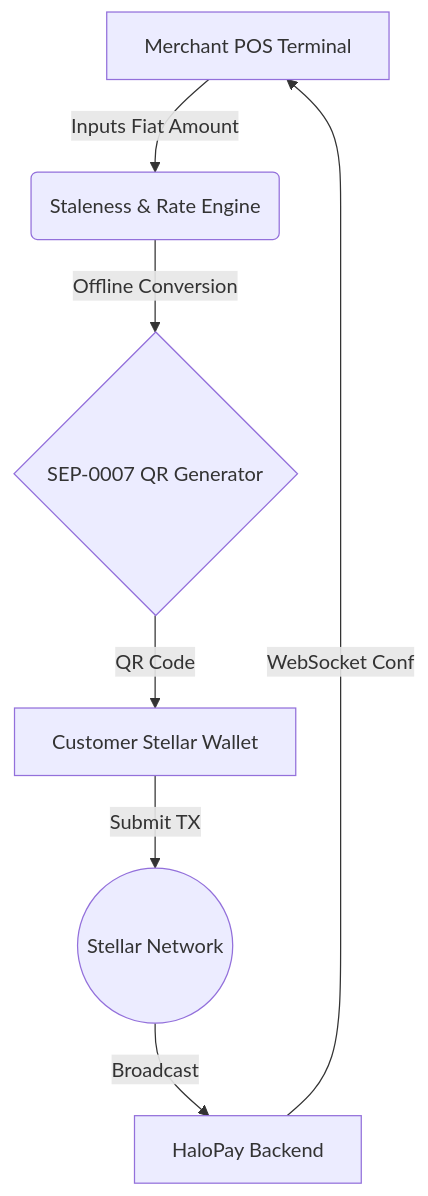
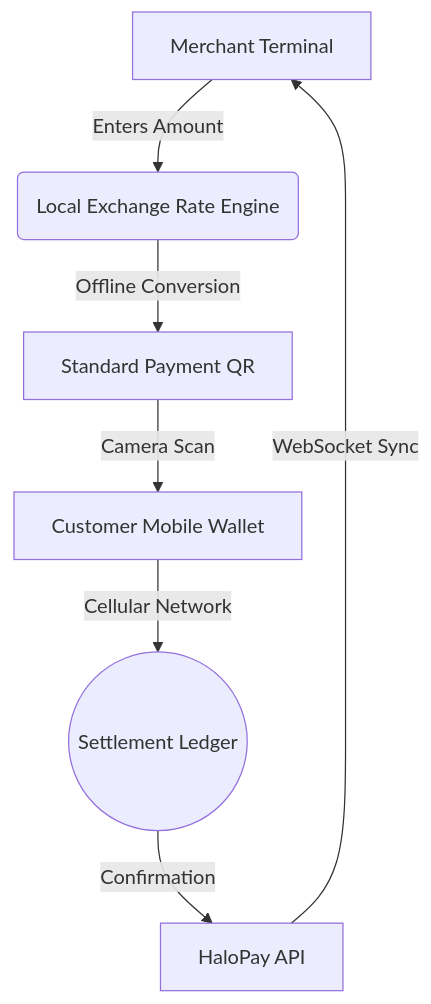
One commit to HaloPaye/halopay-pos changed the diagram in README.md. Above: the diagram before and after it, drawn with Mermaid. The commit also changed other lines of this file, not shown here.

Commit message:
docs(readme): rewrite README to highlight offline-first terminal capabilities and store-and-forward architecture (#140)

````diff
--- a/README.md
+++ b/README.md
@@ -50,9 +22,9 @@
 ```mermaid
 graph TD
-    A[Merchant POS Terminal] -->|Inputs Fiat Amount| B(Staleness & Rate Engine)
-    B -->|Offline Conversion| C{SEP-0007 QR Generator}
-    C -->|QR Code| D[Customer Stellar Wallet]
-    D -->|Submit TX| E((Stellar Network))
-    E -->|Broadcast| F[HaloPay Backend]
-    F -->|WebSocket Conf| A
+    A[Merchant Terminal] -->|Enters Amount| B(Local Exchange Rate Engine)
+    B -->|Offline Conversion| C[Standard Payment QR]
+    C -->|Camera Scan| D[Customer Mobile Wallet]
+    D -->|Cellular Network| E((Settlement Ledger))
+    E -->|Confirmation| F[HaloPay API]
+    F -->|WebSocket Sync| A
 ```
````
